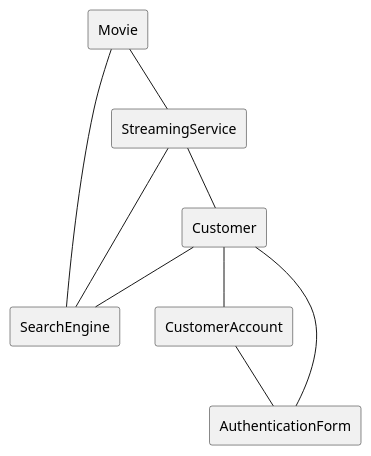
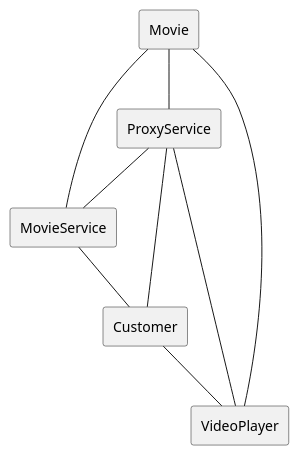
Before and after one commit to BVolt/CPPMovies_OOD: the diagram in src/RoughDomainModel.puml, drawn with PlantUML. The commit also changed other lines of this file and 1 other file, not shown here.

Commit message:
Adding Proxy Service

```diff
--- a/src/RoughDomainModel.puml
+++ b/src/RoughDomainModel.puml
@@ -1,17 +1,16 @@
 @startuml
 agent Movie
-agent SearchEngine
 agent Customer
-agent CustomerAccount
-agent StreamingService
-agent AuthenticationForm
+agent MovieService
+agent ProxyService
+agent VideoPlayer
 
-Movie -- SearchEngine
-Movie -- StreamingService
-Customer -- SearchEngine
-Customer -- CustomerAccount
-CustomerAccount -- AuthenticationForm
-Customer -- AuthenticationForm
-StreamingService -- Customer
-StreamingService -- SearchEngine
+Movie -- MovieService
+Movie --ProxyService
+MovieService -- Customer
+Customer -- VideoPlayer
+VideoPlayer -- Movie
+ProxyService -- Customer
+ProxyService -- MovieService
+ProxyService -- VideoPlayer
 @enduml
```
